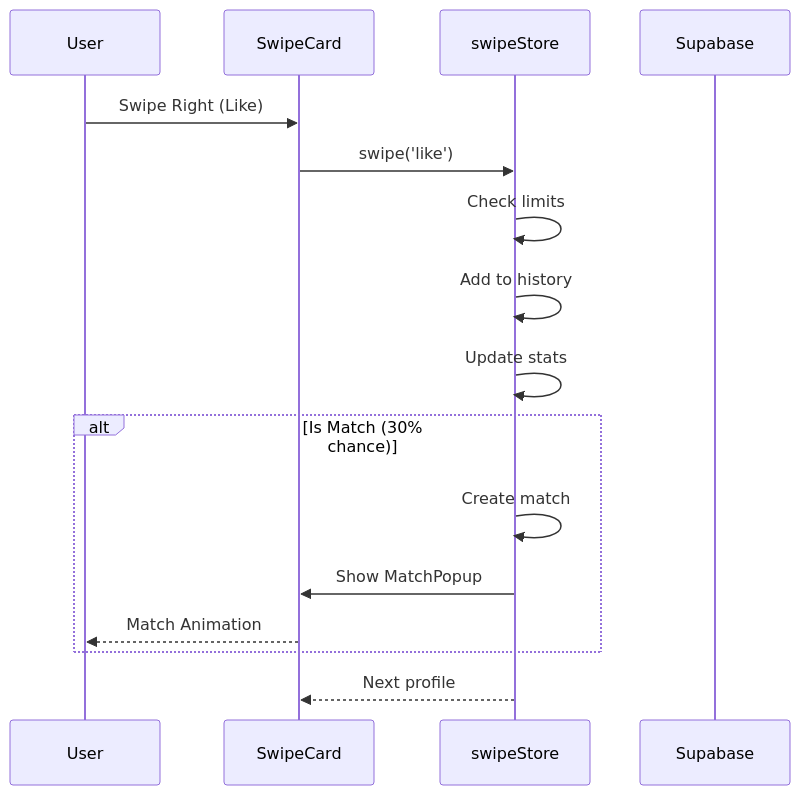
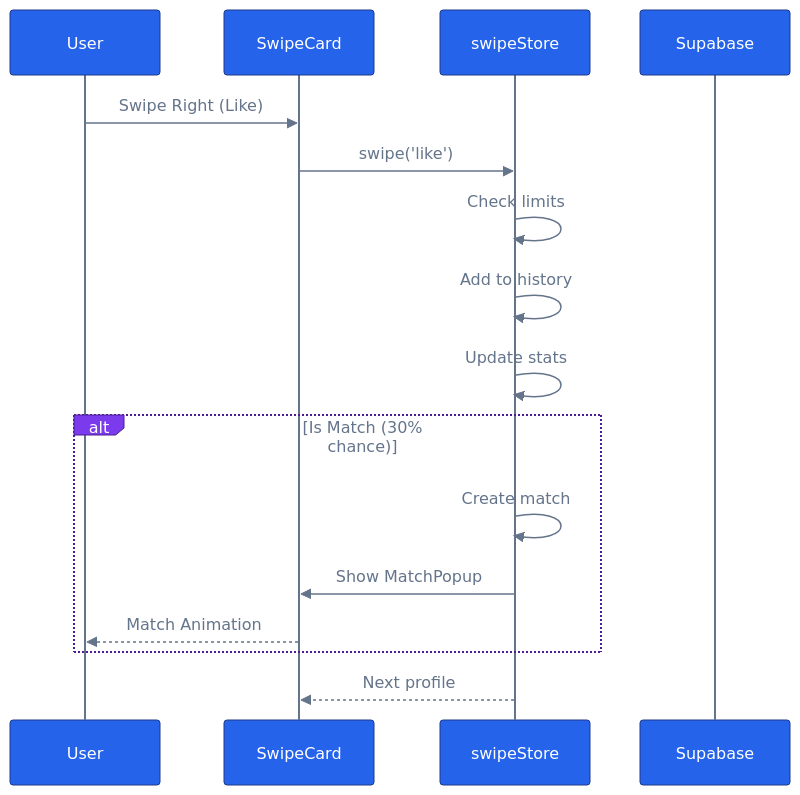
The sixth of 10 diagrams in docs/ARCHITECTURE.md (Adam-Blf/Echo), drawn with Mermaid before and after one commit. The commit also changed other lines of this file and 2 other files, not shown here.

First line of the commit message:
docs: add colors to mermaid diagrams (#9)

````diff
--- a/docs/ARCHITECTURE.md
+++ b/docs/ARCHITECTURE.md
@@ -167,21 +196,22 @@
 ```mermaid
+%%{init: {'theme':'base','themeVariables':{'actorBkg':'#2563eb','actorBorder':'#1e3a8a','actorTextColor':'#ffffff','actorLineColor':'#64748b','signalColor':'#64748b','signalTextColor':'#64748b','labelBoxBkgColor':'#7c3aed','labelBoxBorderColor':'#4c1d95','labelTextColor':'#ffffff','loopTextColor':'#64748b','noteBkgColor':'#fef3c7','noteBorderColor':'#d97706','noteTextColor':'#1f2937','activationBkgColor':'#0891b2','activationBorderColor':'#164e63','sequenceNumberColor':'#ffffff'}}}%%
 sequenceDiagram
     participant U as User
     participant SC as SwipeCard
     participant SS as swipeStore
     participant DB as Supabase
 
     U->>SC: Swipe Right (Like)
     SC->>SS: swipe('like')
     SS->>SS: Check limits
     SS->>SS: Add to history
     SS->>SS: Update stats
 
     alt Is Match (30% chance)
         SS->>SS: Create match
         SS->>SC: Show MatchPopup
         SC-->>U: Match Animation
     end
 
     SS-->>SC: Next profile
 ```
````
